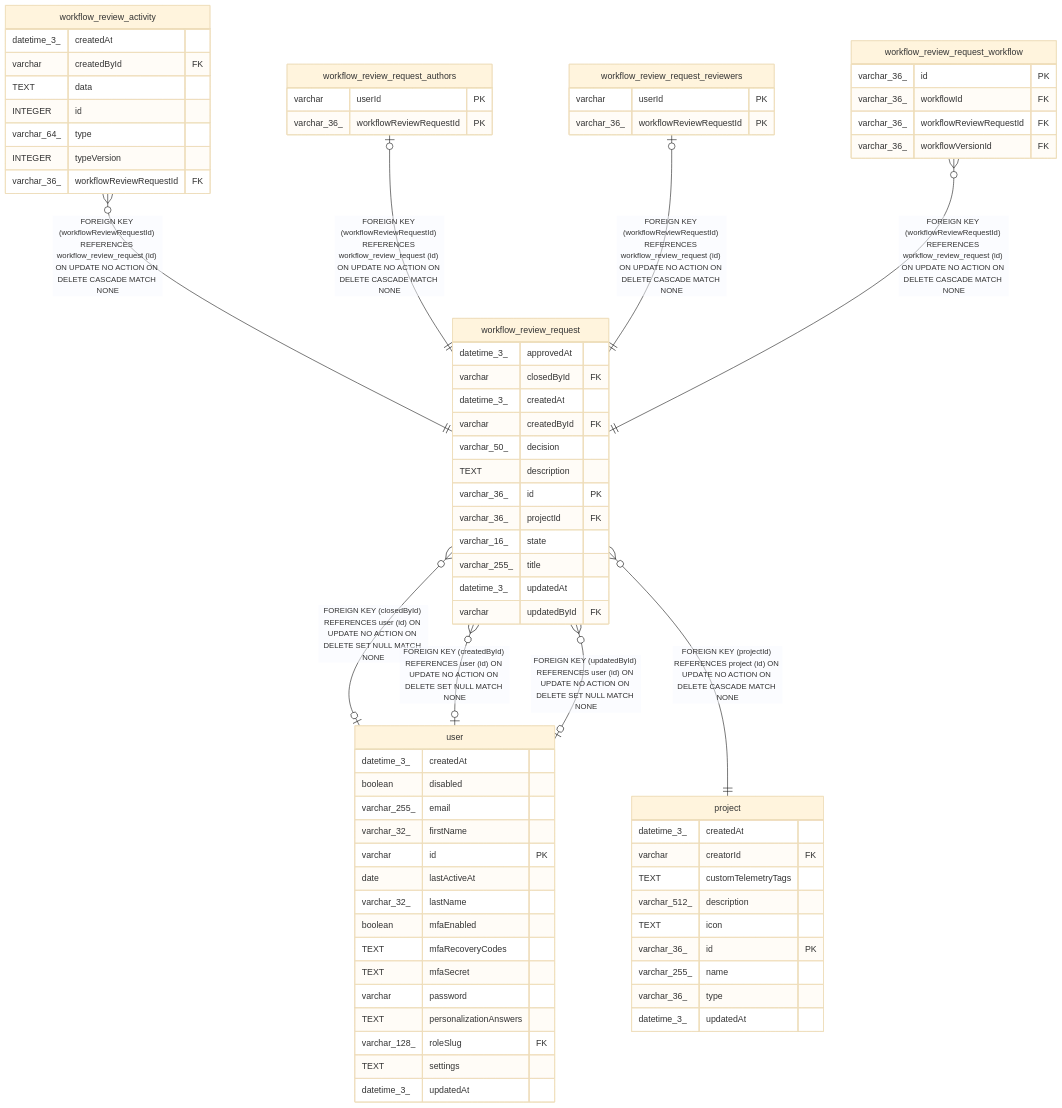
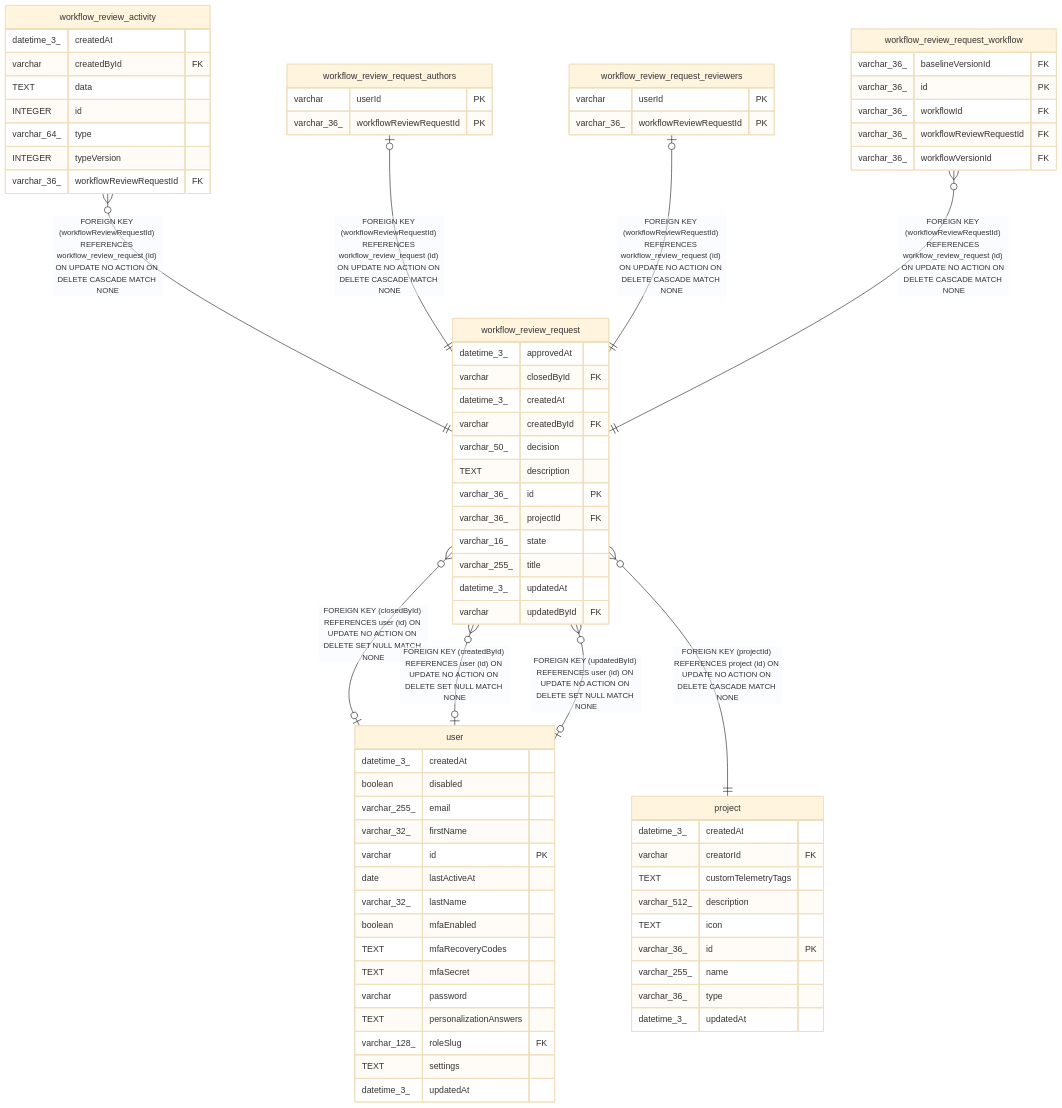
Before and after one commit to mayankjain1815-commits/n8n: the diagram in docs/generated/sqlite-schema/workflow_review_request.md, drawn with Mermaid (base theme). The commit also changed 13 other files, not shown here.

First line of the commit message:
feat(core): Add baselineVersionId to workflow_review_request_workflow

````diff
--- a/docs/generated/sqlite-schema/workflow_review_request.md
+++ b/docs/generated/sqlite-schema/workflow_review_request.md
@@ -53,78 +53,79 @@
 ```mermaid
 erDiagram
 
 "workflow_review_request" }o--o| "user" : "FOREIGN KEY (closedById) REFERENCES user (id) ON UPDATE NO ACTION ON DELETE SET NULL MATCH NONE"
 "workflow_review_request" }o--o| "user" : "FOREIGN KEY (createdById) REFERENCES user (id) ON UPDATE NO ACTION ON DELETE SET NULL MATCH NONE"
 "workflow_review_activity" }o--|| "workflow_review_request" : "FOREIGN KEY (workflowReviewRequestId) REFERENCES workflow_review_request (id) ON UPDATE NO ACTION ON DELETE CASCADE MATCH NONE"
 "workflow_review_request_authors" |o--|| "workflow_review_request" : "FOREIGN KEY (workflowReviewRequestId) REFERENCES workflow_review_request (id) ON UPDATE NO ACTION ON DELETE CASCADE MATCH NONE"
 "workflow_review_request_reviewers" |o--|| "workflow_review_request" : "FOREIGN KEY (workflowReviewRequestId) REFERENCES workflow_review_request (id) ON UPDATE NO ACTION ON DELETE CASCADE MATCH NONE"
 "workflow_review_request_workflow" }o--|| "workflow_review_request" : "FOREIGN KEY (workflowReviewRequestId) REFERENCES workflow_review_request (id) ON UPDATE NO ACTION ON DELETE CASCADE MATCH NONE"
 "workflow_review_request" }o--|| "project" : "FOREIGN KEY (projectId) REFERENCES project (id) ON UPDATE NO ACTION ON DELETE CASCADE MATCH NONE"
 "workflow_review_request" }o--o| "user" : "FOREIGN KEY (updatedById) REFERENCES user (id) ON UPDATE NO ACTION ON DELETE SET NULL MATCH NONE"
 
 "workflow_review_request" {
   datetime_3_ approvedAt
   varchar closedById FK
   datetime_3_ createdAt
   varchar createdById FK
   varchar_50_ decision
   TEXT description
   varchar_36_ id PK
   varchar_36_ projectId FK
   varchar_16_ state
   varchar_255_ title
   datetime_3_ updatedAt
   varchar updatedById FK
 }
 "user" {
   datetime_3_ createdAt
   boolean disabled
   varchar_255_ email
   varchar_32_ firstName
   varchar id PK
   date lastActiveAt
   varchar_32_ lastName
   boolean mfaEnabled
   TEXT mfaRecoveryCodes
   TEXT mfaSecret
   varchar password
   TEXT personalizationAnswers
   varchar_128_ roleSlug FK
   TEXT settings
   datetime_3_ updatedAt
 }
 "workflow_review_activity" {
   datetime_3_ createdAt
   varchar createdById FK
   TEXT data
   INTEGER id
   varchar_64_ type
   INTEGER typeVersion
   varchar_36_ workflowReviewRequestId FK
 }
 "workflow_review_request_authors" {
   varchar userId PK
   varchar_36_ workflowReviewRequestId PK
 }
 "workflow_review_request_reviewers" {
   varchar userId PK
   varchar_36_ workflowReviewRequestId PK
 }
 "workflow_review_request_workflow" {
+  varchar_36_ baselineVersionId FK
   varchar_36_ id PK
   varchar_36_ workflowId FK
   varchar_36_ workflowReviewRequestId FK
   varchar_36_ workflowVersionId FK
 }
 "project" {
   datetime_3_ createdAt
   varchar creatorId FK
   TEXT customTelemetryTags
   varchar_512_ description
   TEXT icon
   varchar_36_ id PK
   varchar_255_ name
   varchar_36_ type
   datetime_3_ updatedAt
 }
 ```
````
